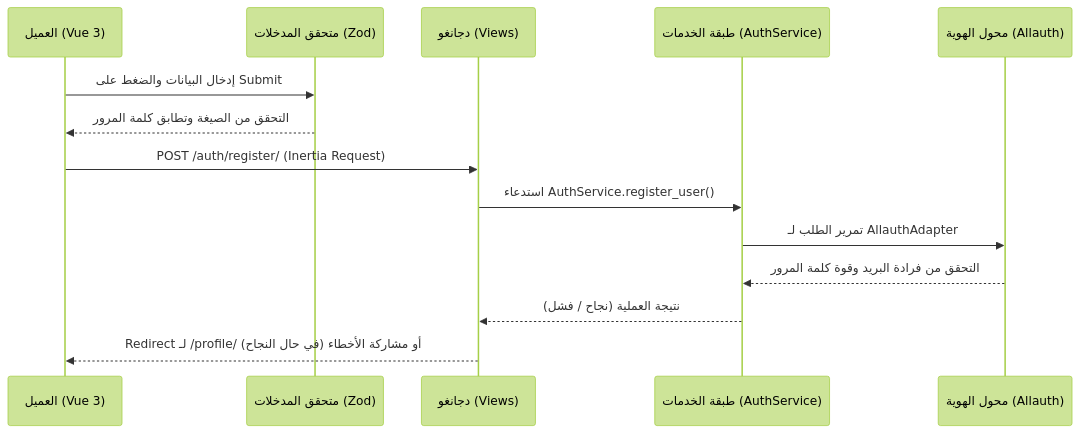
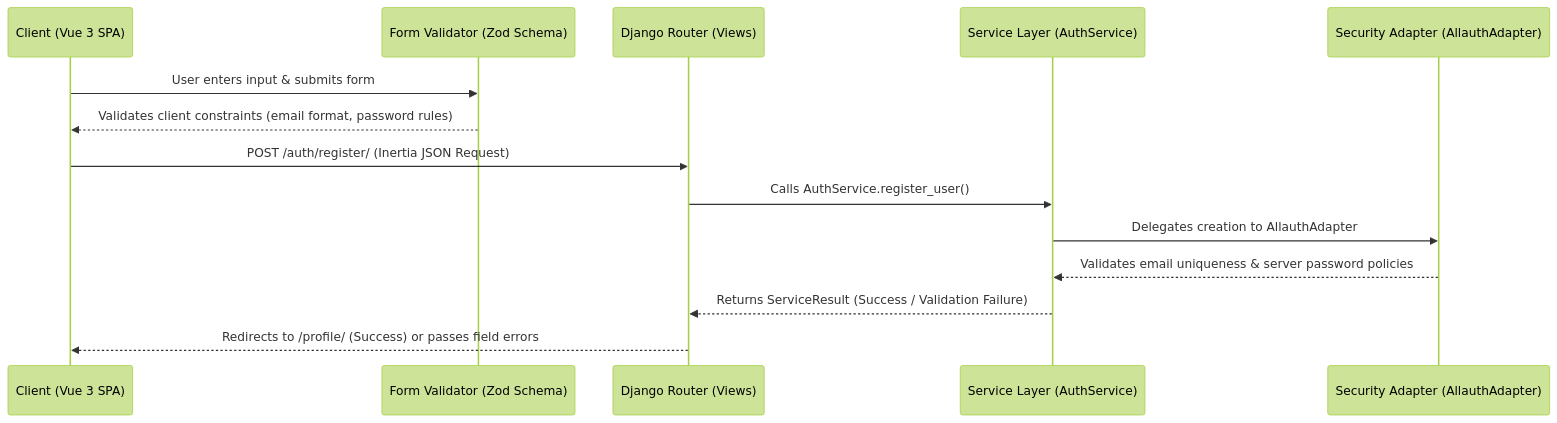
Before and after one commit to mostafa891/auraStack: the second of 2 diagrams in TECHNICAL_DOC.md, drawn with Mermaid (forest theme). The commit also changed other lines of this file and 10527 other files, not shown here.

````diff
--- a/TECHNICAL_DOC.md
+++ b/TECHNICAL_DOC.md
@@ -53,17 +53,17 @@
 ```mermaid
 sequenceDiagram
-    participant C as العميل (Vue 3)
-    participant V as متحقق المدخلات (Zod)
-    participant D as دجانغو (Views)
-    participant S as طبقة الخدمات (AuthService)
-    participant A as محول الهوية (Allauth)
+    participant C as Client (Vue 3 SPA)
+    participant V as Form Validator (Zod Schema)
+    participant D as Django Router (Views)
+    participant S as Service Layer (AuthService)
+    participant A as Security Adapter (AllauthAdapter)
 
-    C->>V: إدخال البيانات والضغط على Submit
-    V-->>C: التحقق من الصيغة وتطابق كلمة المرور
-    C->>D: POST /auth/register/ (Inertia Request)
-    D->>S: استدعاء AuthService.register_user()
-    S->>A: تمرير الطلب لـ AllauthAdapter
-    A-->>S: التحقق من فرادة البريد وقوة كلمة المرور
-    S-->>D: نتيجة العملية (نجاح / فشل)
-    D-->>C: Redirect لـ /profile/ (في حال النجاح) أو مشاركة الأخطاء
+    C->>V: User enters input & submits form
+    V-->>C: Validates client constraints (email format, password rules)
+    C->>D: POST /auth/register/ (Inertia JSON Request)
+    D->>S: Calls AuthService.register_user()
+    S->>A: Delegates creation to AllauthAdapter
+    A-->>S: Validates email uniqueness & server password policies
+    S-->>D: Returns ServiceResult (Success / Validation Failure)
+    D-->>C: Redirects to /profile/ (Success) or passes field errors
 ```
````
